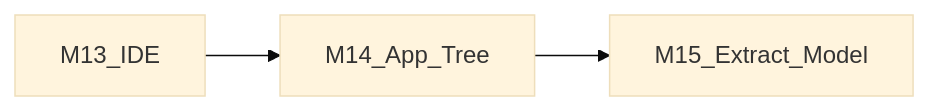
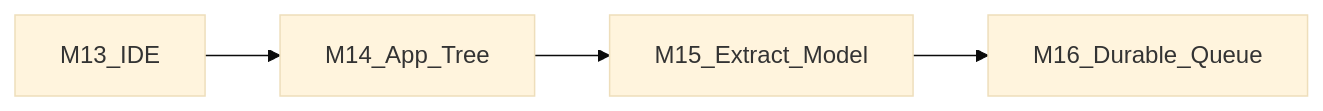
The second of 2 diagrams in MILESTONES.md (konaframework/kona), drawn with Mermaid (base theme) before and after one commit. The commit also changed other lines of this file and 9 other files, not shown here.

````diff
--- a/MILESTONES.md
+++ b/MILESTONES.md
@@ -578,5 +602,6 @@
 ```mermaid
 flowchart LR
   M13[M13_IDE] --> M14[M14_App_Tree]
   M14 --> M15[M15_Extract_Model]
+  M15 --> M16[M16_Durable_Queue]
 ```
````
